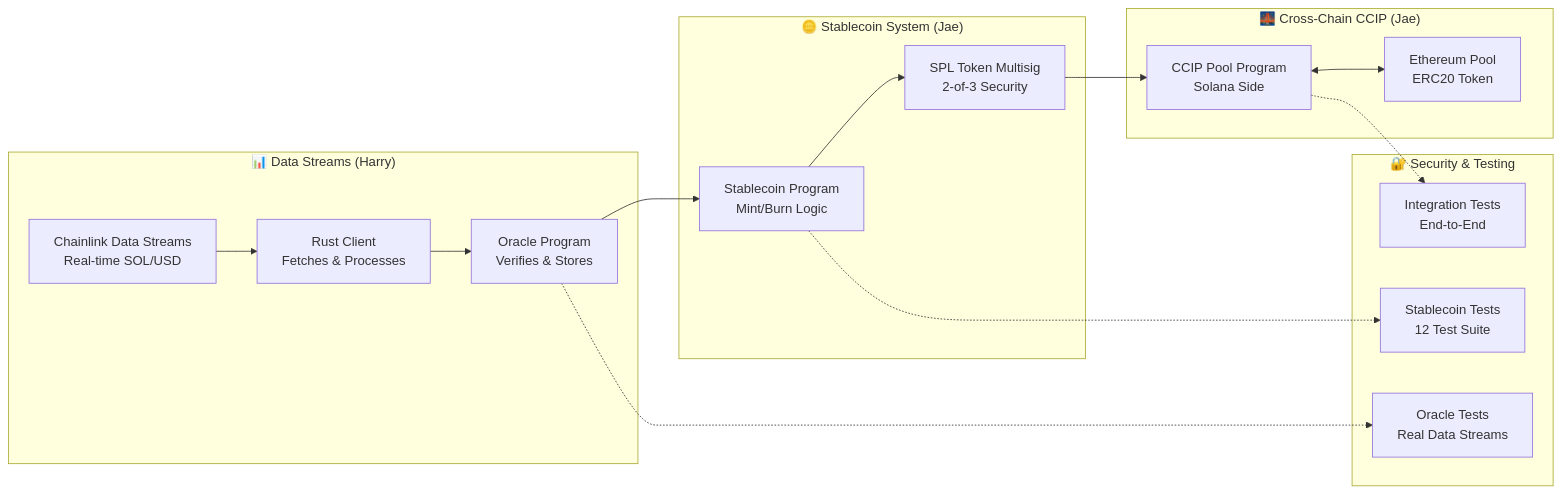
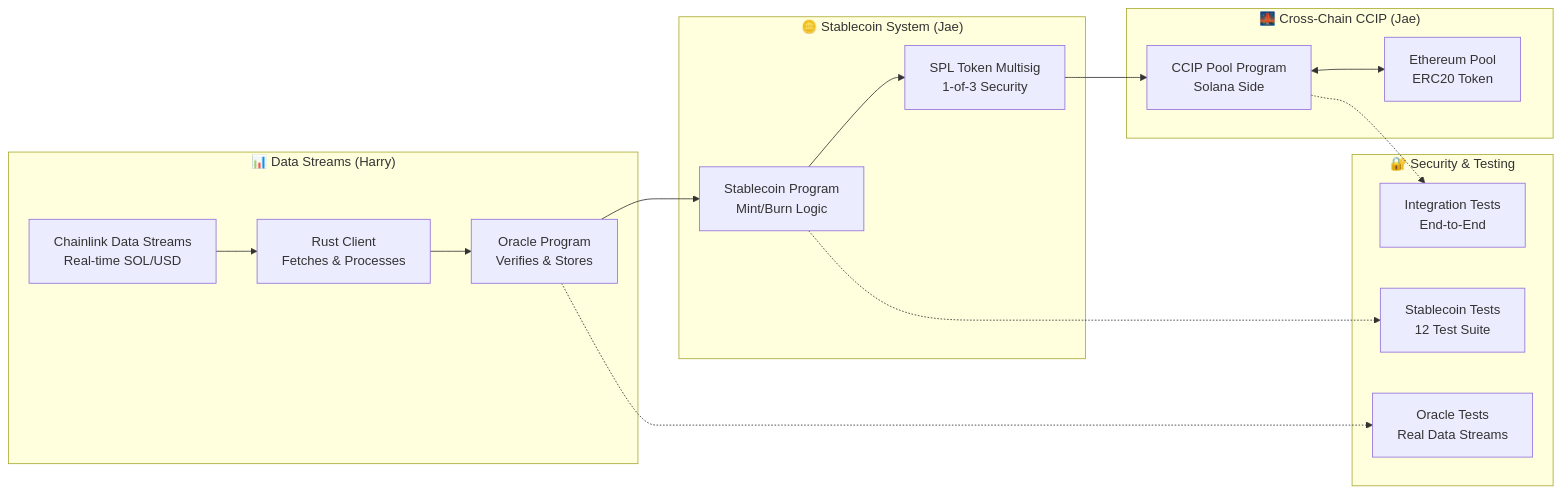
Before and after one commit to smartcontractkit/solana-stablecoin-workshop: the diagram in README.md, drawn with Mermaid.

Commit message:
fix: correct multisig to 1-of-3 in README diagram

````diff
--- a/README.md
+++ b/README.md
@@ -44,36 +44,36 @@
 ```mermaid
 graph LR
     subgraph "📊 Data Streams (Harry)"
         DS[Chainlink Data Streams<br/>Real-time SOL/USD]
         OC[Rust Client<br/>Fetches & Processes]
         OP[Oracle Program<br/>Verifies & Stores]
         
         DS --> OC --> OP
     end
     
     subgraph "🪙 Stablecoin System (Jae)"
         SP[Stablecoin Program<br/>Mint/Burn Logic]
-        MS[SPL Token Multisig<br/>2-of-3 Security]
+        MS[SPL Token Multisig<br/>1-of-3 Security]
         
         OP --> SP
         SP --> MS
     end
     
     subgraph "🌉 Cross-Chain CCIP (Jae)"
         CP[CCIP Pool Program<br/>Solana Side]
         EP[Ethereum Pool<br/>ERC20 Token]
         
         MS --> CP
         CP <--> EP
     end
     
     subgraph "🔐 Security & Testing"
         T1[Oracle Tests<br/>Real Data Streams]
         T2[Stablecoin Tests<br/>12 Test Suite]
         T3[Integration Tests<br/>End-to-End]
         
         OP -.-> T1
         SP -.-> T2
         CP -.-> T3
     end
 ```
````
